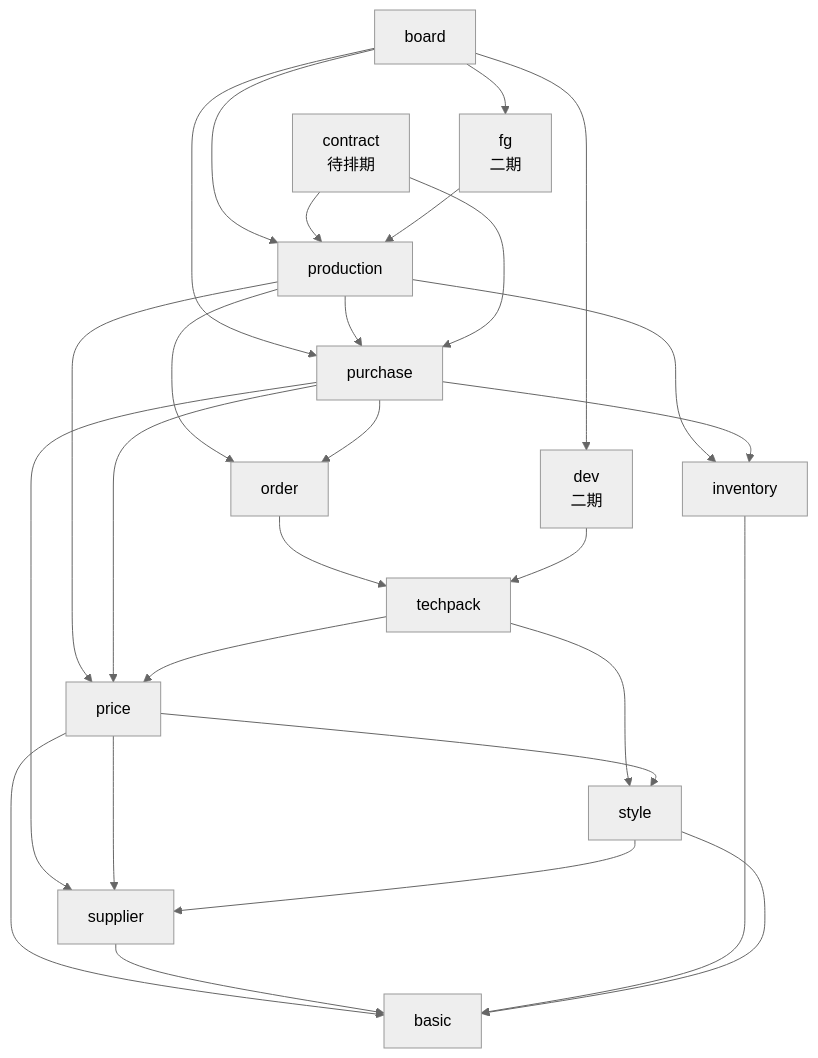
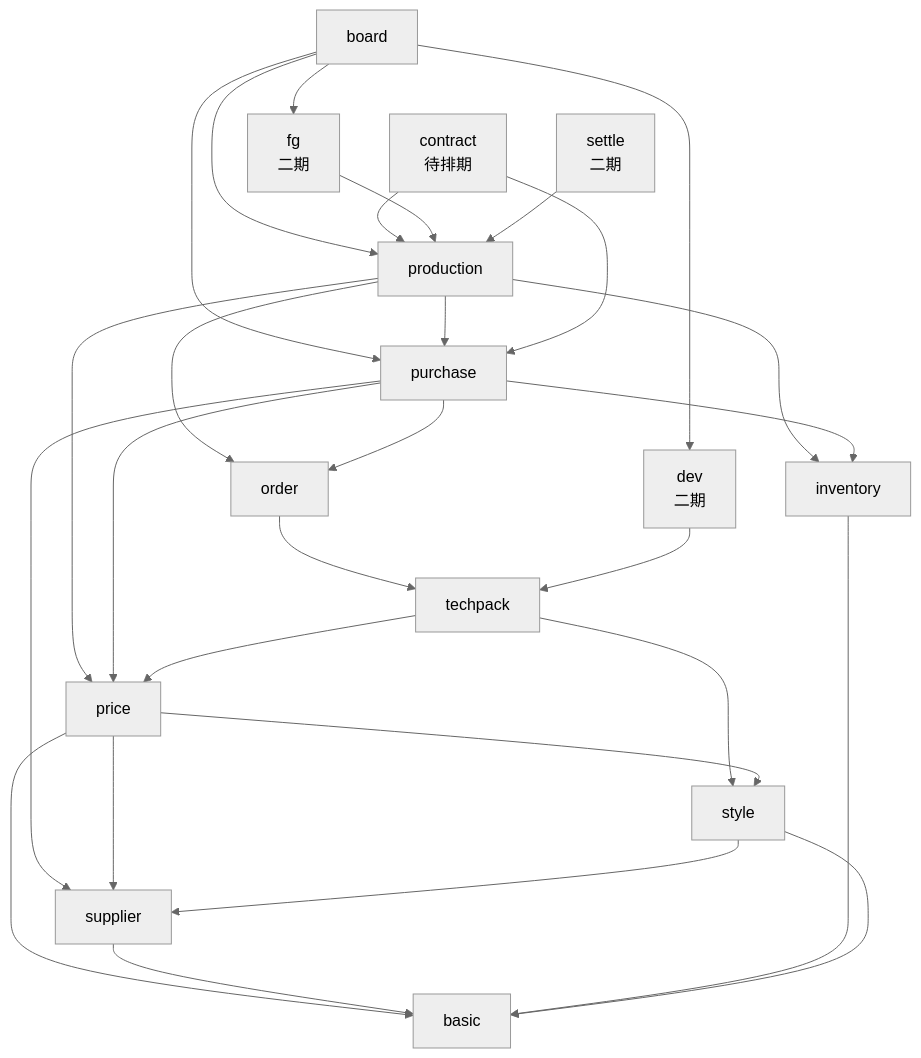
Before and after one commit to xiaoliangao/lingmao: the second of 2 diagrams in docs/架构设计.md, drawn with Mermaid (neutral theme). The commit also changed other lines of this file and 59 other files, not shown here.

````diff
--- a/docs/架构设计.md
+++ b/docs/架构设计.md
@@ -128,29 +130,30 @@
 ```mermaid
 flowchart TB
   bd[board] --> prd[production]
   bd --> pur[purchase]
   prd --> pur
   ctr[contract<br/>待排期] --> prd
   fg[fg<br/>二期] --> prd
+  stl[settle<br/>二期] --> prd
   ctr --> pur
   prd --> ord[order]
   prd --> inv[inventory]
   prd --> prc[price]
   pur --> inv
   pur --> sup[supplier]
   pur --> prc
   pur --> ord
   ord --> tp[techpack]
   dev[dev<br/>二期] --> tp
   bd --> dev
   bd --> fg
   tp --> sty[style]
   tp --> prc
   prc --> sup
   prc --> sty
   prc --> bas
   sty --> sup
   sup --> bas[basic]
   inv --> bas
   sty --> bas
 ```
````
